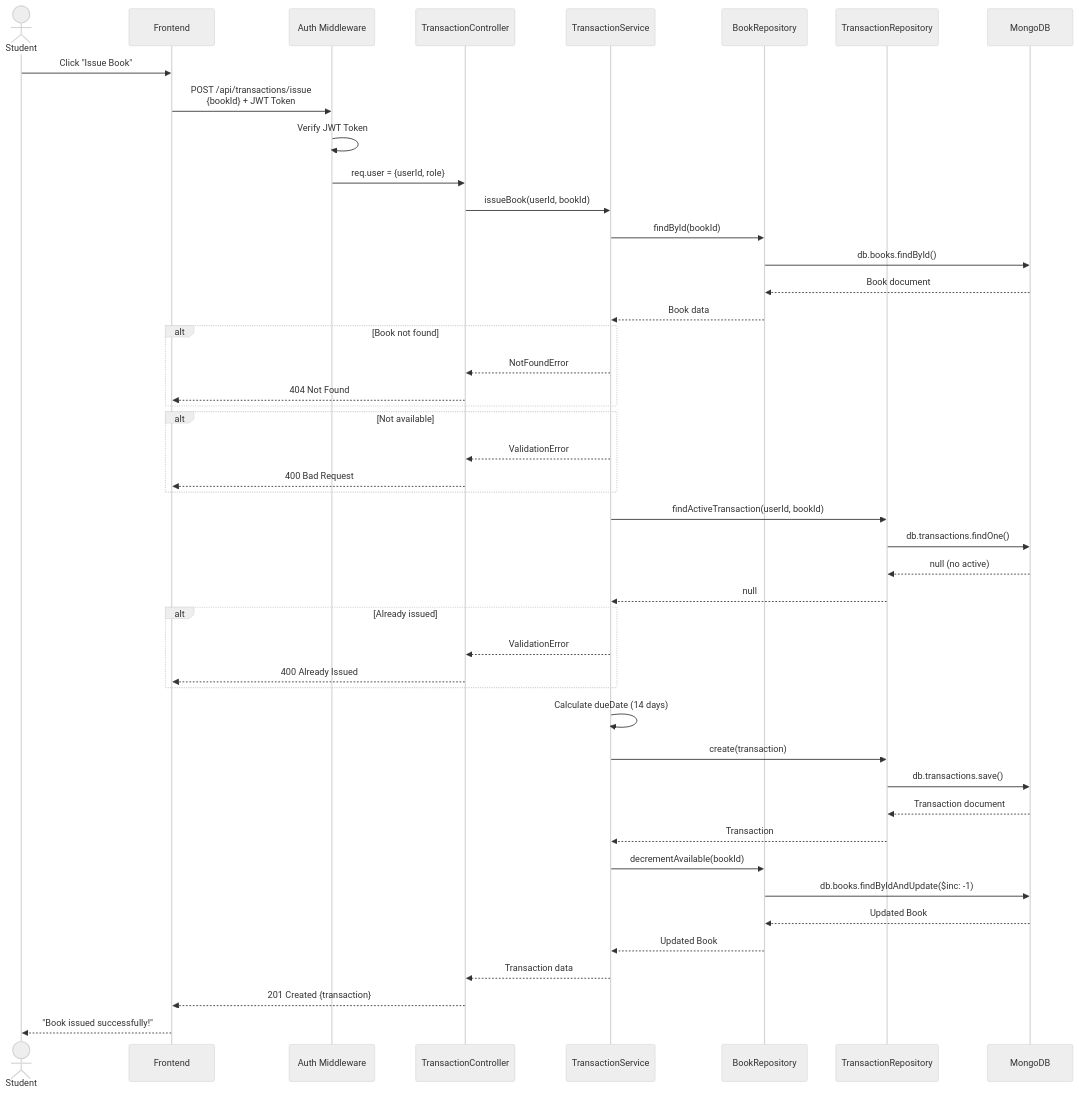
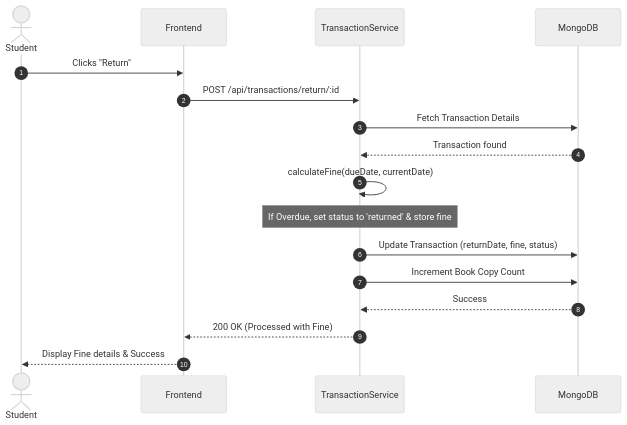
Before and after one commit to Akashgautam25/Library_management_system: the fourth of 5 diagrams in docs/diagrams.md, drawn with Mermaid (neutral theme). The commit also changed other lines of this file and 4 other files, not shown here.

Commit message:
chore: professional UML diagrams and frontend build-error fixes

````diff
--- a/docs/diagrams.md
+++ b/docs/diagrams.md
@@ -207,60 +129,20 @@
 ```mermaid
 sequenceDiagram
+    autonumber
     actor Student
-    participant Frontend
-    participant AuthMW as Auth Middleware
-    participant Controller as TransactionController
-    participant Service as TransactionService
-    participant BookRepo as BookRepository
-    participant TxnRepo as TransactionRepository
+    participant UI as Frontend
+    participant API as TransactionService
     participant DB as MongoDB
 
-    Student->>Frontend: Click "Issue Book"
-    Frontend->>AuthMW: POST /api/transactions/issue<br/>{bookId} + JWT Token
-
-    AuthMW->>AuthMW: Verify JWT Token
-    AuthMW->>Controller: req.user = {userId, role}
-
-    Controller->>Service: issueBook(userId, bookId)
-
-    Service->>BookRepo: findById(bookId)
-    BookRepo->>DB: db.books.findById()
-    DB-->>BookRepo: Book document
-    BookRepo-->>Service: Book data
-
-    alt Book not found
-        Service-->>Controller: NotFoundError
-        Controller-->>Frontend: 404 Not Found
-    end
-
-    alt Not available
-        Service-->>Controller: ValidationError
-        Controller-->>Frontend: 400 Bad Request
-    end
-
-    Service->>TxnRepo: findActiveTransaction(userId, bookId)
-    TxnRepo->>DB: db.transactions.findOne()
-    DB-->>TxnRepo: null (no active)
-    TxnRepo-->>Service: null
-
-    alt Already issued
-        Service-->>Controller: ValidationError
-        Controller-->>Frontend: 400 Already Issued
-    end
-
-    Service->>Service: Calculate dueDate (14 days)
-
-    Service->>TxnRepo: create(transaction)
-    TxnRepo->>DB: db.transactions.save()
-    DB-->>TxnRepo: Transaction document
-    TxnRepo-->>Service: Transaction
-
-    Service->>BookRepo: decrementAvailable(bookId)
-    BookRepo->>DB: db.books.findByIdAndUpdate($inc: -1)
-    DB-->>BookRepo: Updated Book
-    BookRepo-->>Service: Updated Book
-
-    Service-->>Controller: Transaction data
-    Controller-->>Frontend: 201 Created {transaction}
-    Frontend-->>Student: "Book issued successfully!"
+    Student->>UI: Clicks "Return"
+    UI->>API: POST /api/transactions/return/:id
+    API->>DB: Fetch Transaction Details
+    DB-->>API: Transaction found
+    API->>API: calculateFine(dueDate, currentDate)
+    Note over API: If Overdue, set status to 'returned' & store fine
+    API->>DB: Update Transaction (returnDate, fine, status)
+    API->>DB: Increment Book Copy Count
+    DB-->>API: Success
+    API-->>UI: 200 OK (Processed with Fine)
+    UI-->>Student: Display Fine details & Success
 ```
````
